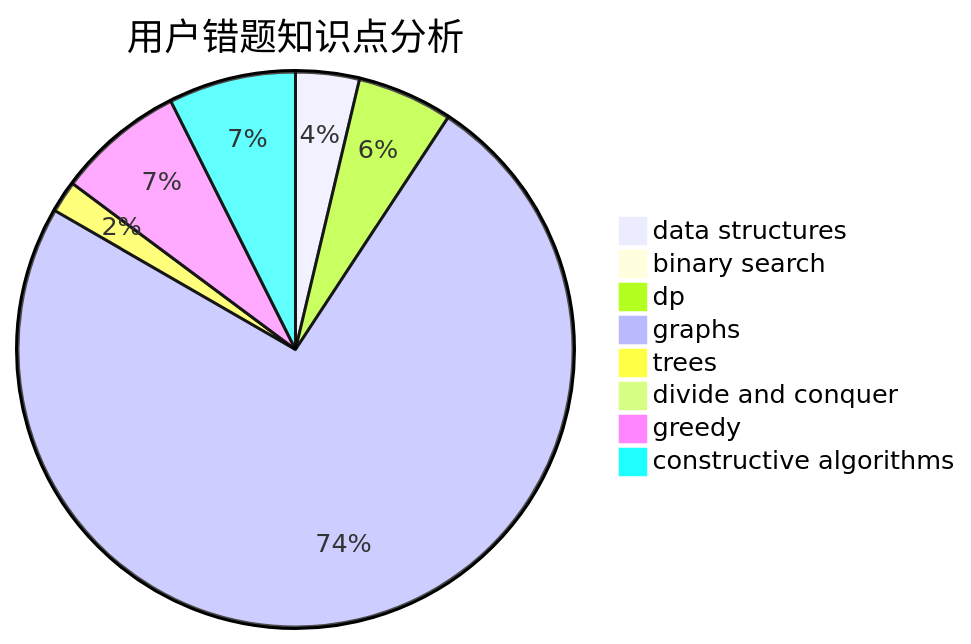
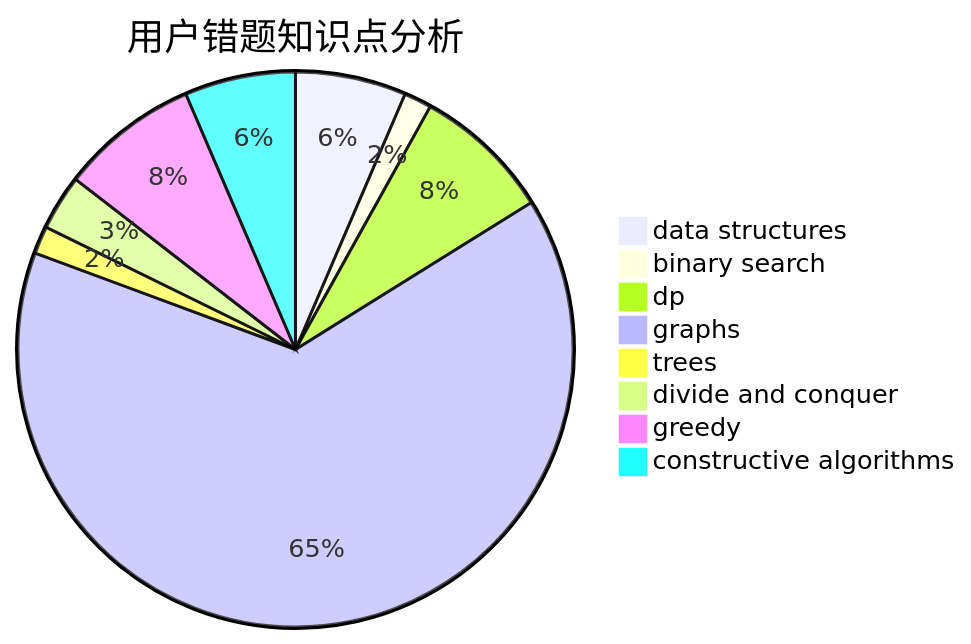
Before and after one commit to sherpahu/cfrs.github.io: the third of 3 diagrams in docs/user/u1139.md, drawn with Mermaid. The commit also changed other lines of this file and 2770 other files, not shown here.

````diff
--- a/docs/user/u1139.md
+++ b/docs/user/u1139.md
@@ -36,11 +36,11 @@
 ```mermaid
 pie title 用户错题知识点分析
-    "data structures" :  2
-    "binary search" :  0
-    "dp" :  3
+    "data structures" :  4
+    "binary search" :  1
+    "dp" :  5
     "graphs" :  40
     "trees" :  1
-    "divide and conquer" :  0
-    "greedy" :  4
+    "divide and conquer" :  2
+    "greedy" :  5
     "constructive algorithms" :  4
 ```
````
